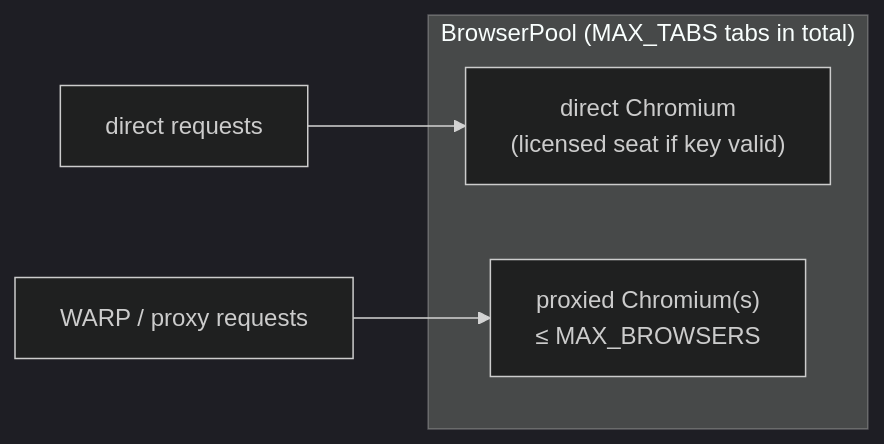
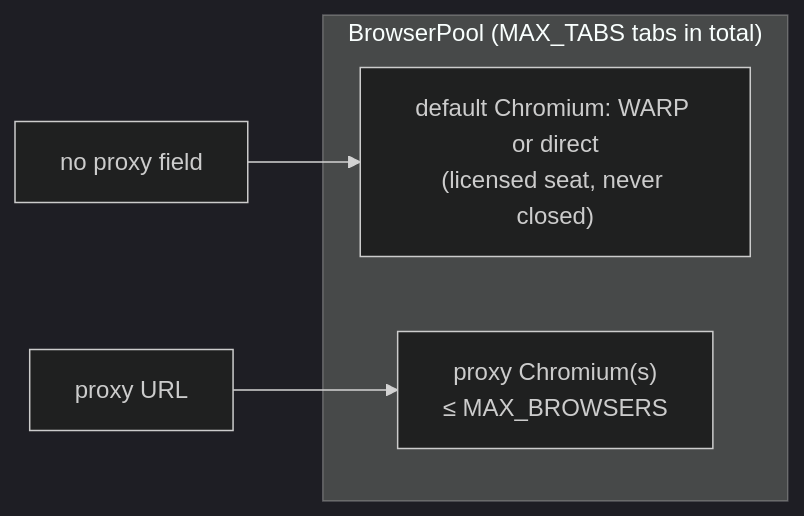
Before and after one commit to masudranaxpert/webscrape: the third of 3 diagrams in docs/architecture.md, drawn with Mermaid (dark theme). The commit also changed other lines of this file and 9 other files, not shown here.

First line of the commit message:
feat(pool): default browser always warm, idle extras closed, MAX_BROWSERS for proxies only

````diff
--- a/docs/architecture.md
+++ b/docs/architecture.md
@@ -64,9 +64,9 @@
 ```mermaid
 flowchart LR
     subgraph Pool["BrowserPool (MAX_TABS tabs in total)"]
-      D["direct Chromium<br/>(licensed seat if key valid)"]
-      X["proxied Chromium(s)<br/>≤ MAX_BROWSERS"]
+      D["default Chromium: WARP or direct<br/>(licensed seat, never closed)"]
+      X["proxy Chromium(s)<br/>≤ MAX_BROWSERS"]
     end
-    R1[direct requests] --> D
-    R2[WARP / proxy requests] --> X
+    R1[no proxy field] --> D
+    R2[proxy URL] --> X
 ```
````
